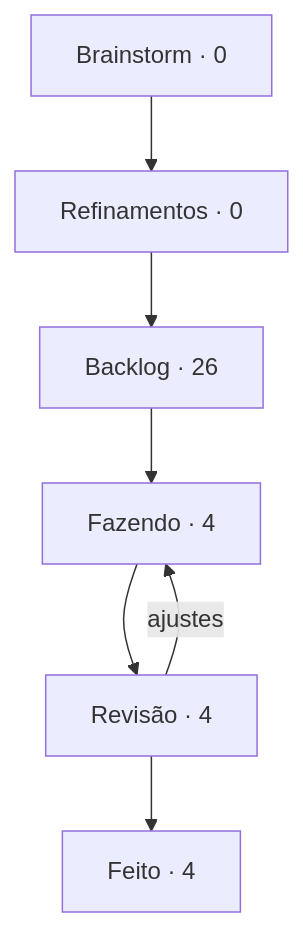
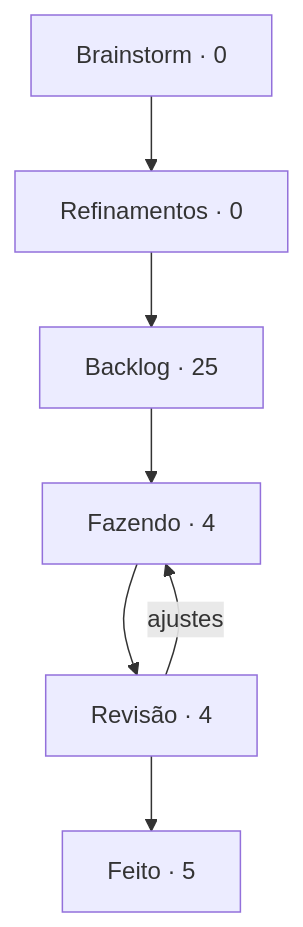
One commit to StudioVibi/VibiKanban changed the diagram in boards/dungeon-bend/BOARD.md. Above: the diagram before and after it, drawn with Mermaid. The commit also changed other lines of this file and 2 other files, not shown here.

````diff
--- a/boards/dungeon-bend/BOARD.md
+++ b/boards/dungeon-bend/BOARD.md
@@ -5,12 +5,12 @@
 ```mermaid
 flowchart TD
   brainstorm["Brainstorm · 0"] --> refinamentos["Refinamentos · 0"]
-  refinamentos --> backlog["Backlog · 26"]
+  refinamentos --> backlog["Backlog · 25"]
   backlog --> doing["Fazendo · 4"]
   doing --> review["Revisão · 4"]
-  review --> done["Feito · 4"]
+  review --> done["Feito · 5"]
   review -->|ajustes| doing
   doing:::blue
   review:::yellow
   done:::green
 ```
````
